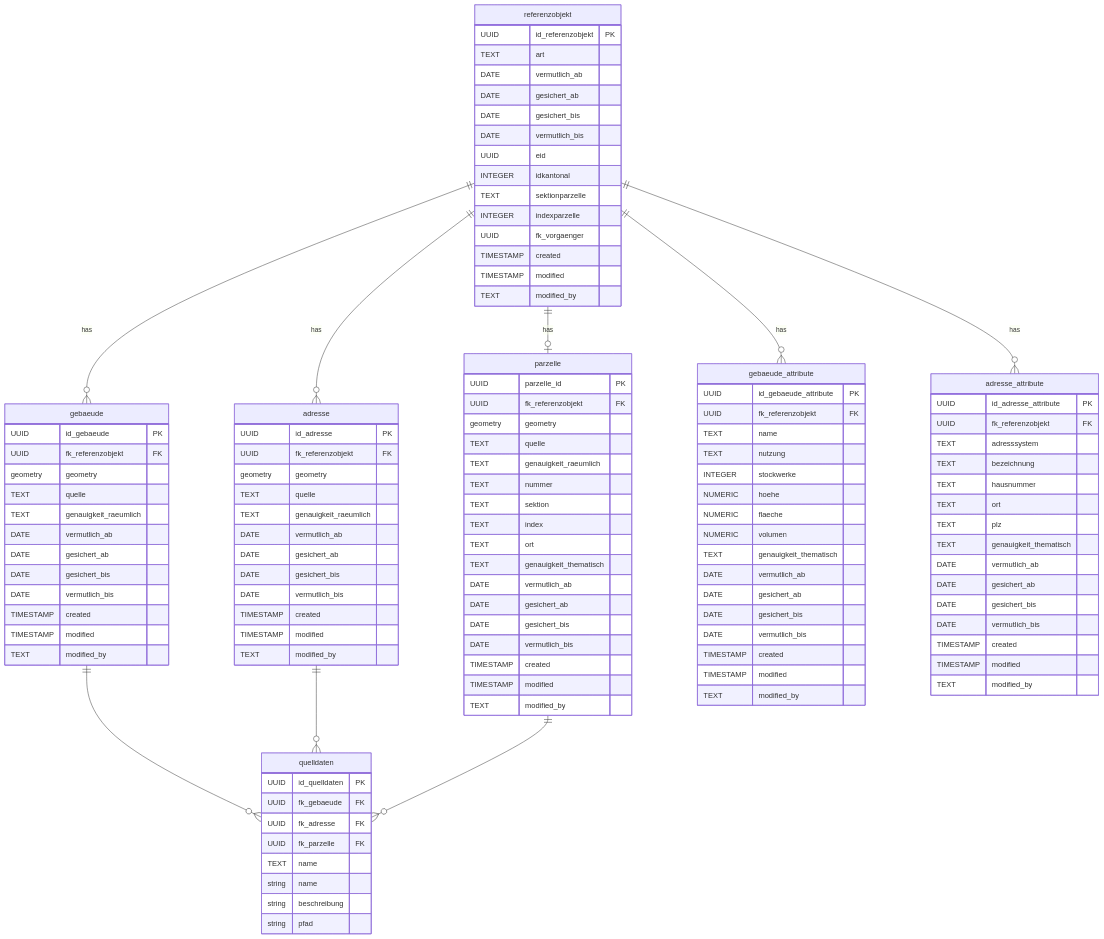
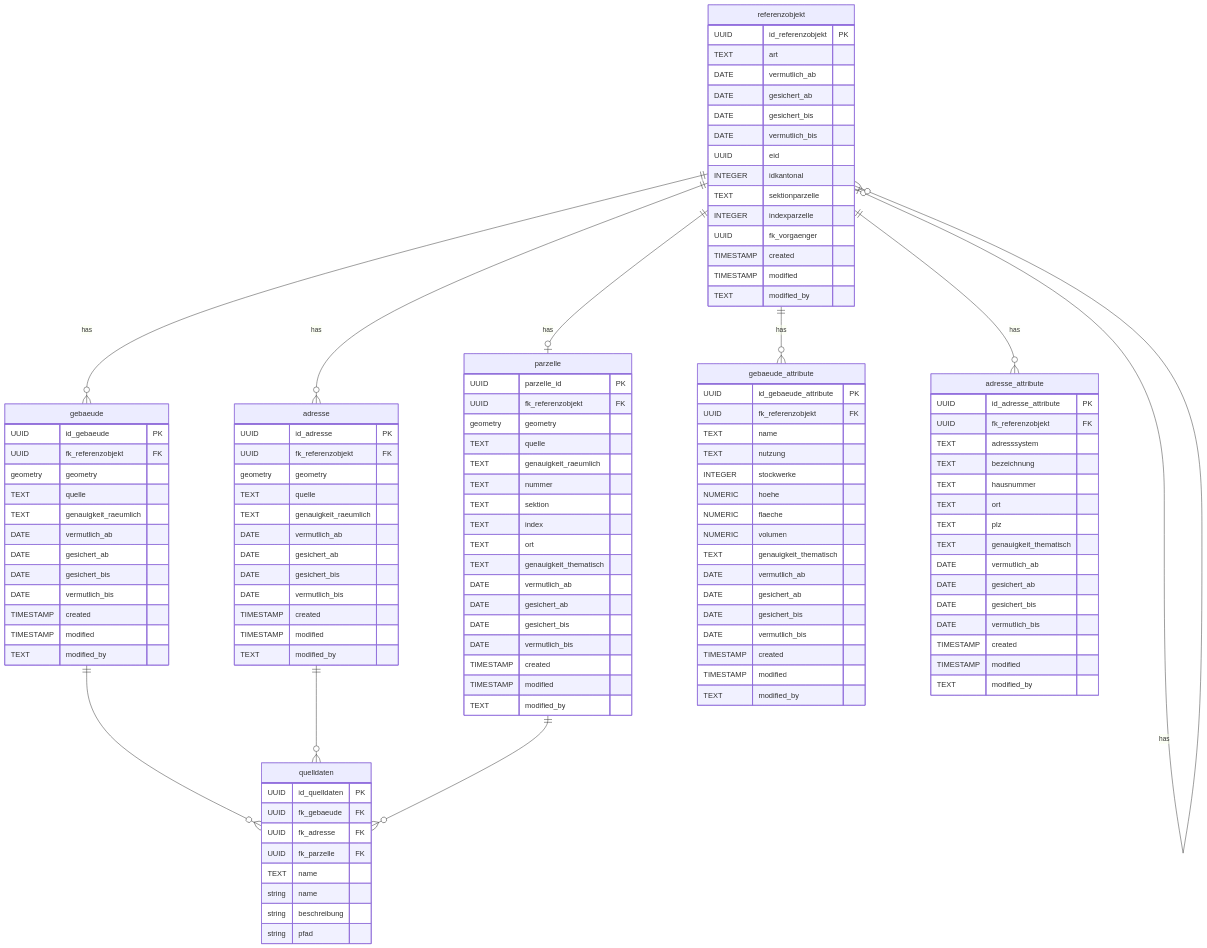
The first of 7 diagrams in README.md (opengisch/ch.bs.urkataster), drawn with Mermaid before and after one commit. The commit also changed other lines of this file and 3 other files, not shown here.

Commit message:
angepasstes uml und demo für meeting 24.11

```diff
--- a/README.md
+++ b/README.md
@@ -133,7 +139,9 @@
     referenzobjekt ||--o{ gebaeude_attribute : "has"
     referenzobjekt ||--o{ adresse_attribute : "has"
 
-    %% Base Layer ist Quelle für Geometrien
+    referenzobjekt o|--o{ referenzobjekt : "has"
+
+    %% Quelldaten für Geometrien
     gebaeude ||--o{ quelldaten : ""
     adresse ||--o{ quelldaten : ""
     parzelle ||--o{ quelldaten : ""
```
